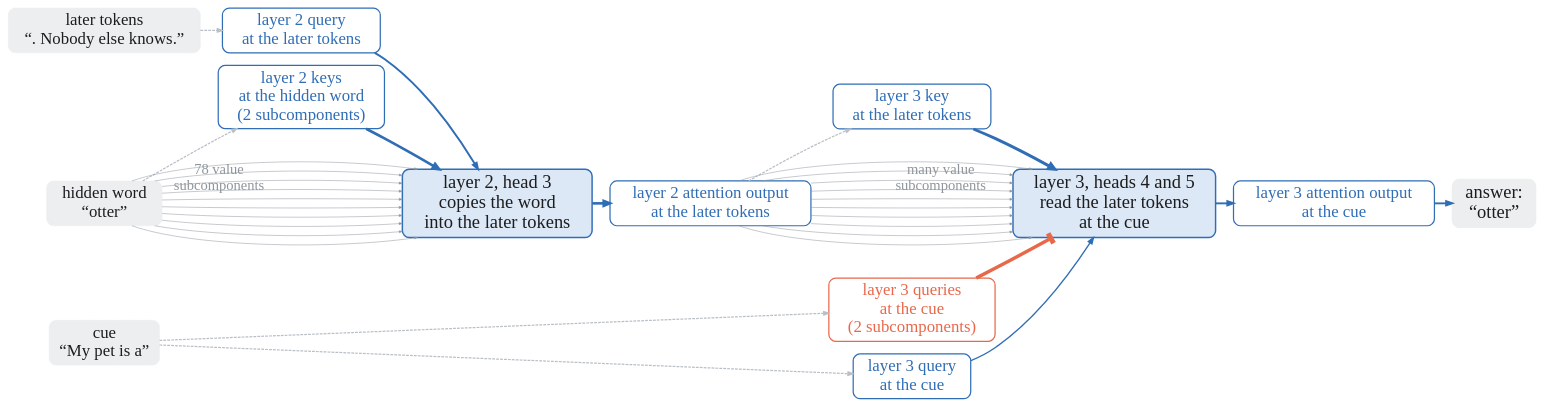
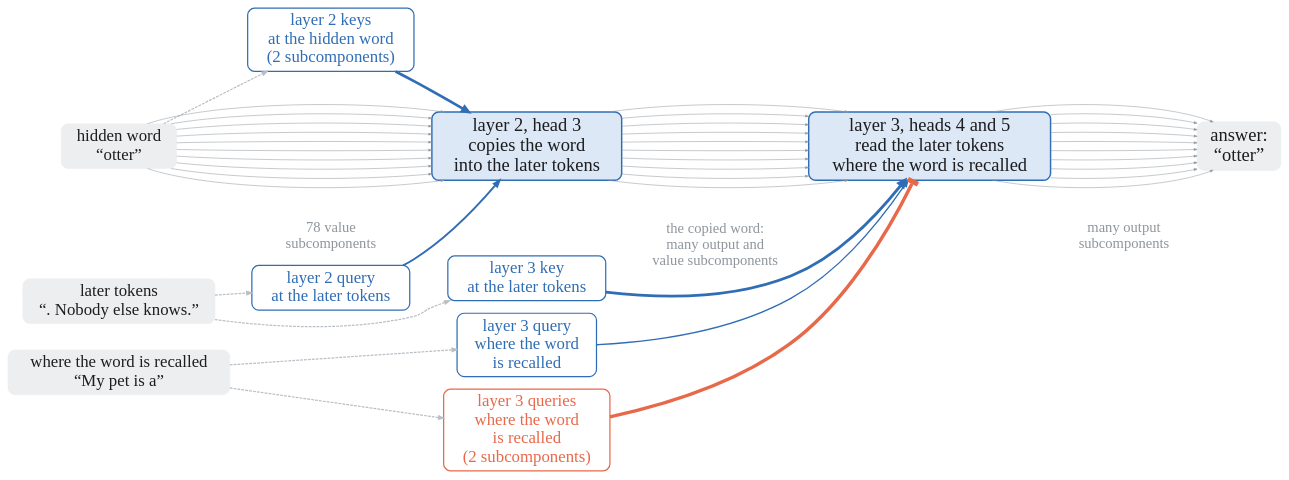
One commit to SauersML/retained-reply-state changed the diagram in figs/circuit_gates.dot. Above: the diagram before and after it, drawn with Graphviz. The commit also changed 6 other files, not shown here.

```diff
--- a/figs/circuit_gates.dot
+++ b/figs/circuit_gates.dot
@@ -1,64 +1,74 @@
 digraph G {
-  rankdir=LR; splines=spline; nodesep=0.3; ranksep=0.45; bgcolor="white"; pad=0.1; forcelabels=true;
+  rankdir=LR; splines=spline; nodesep=0.3; ranksep=0.45; bgcolor="white"; pad=0.1;
   node [shape=box, fontname="Avenir Next", fontsize=30, margin="0.18,0.1"];
   edge [fontname="Avenir Next", fontsize=26, fontcolor="#8e959c"];
   { rank=same; word [label="hidden word
 “otter”", style="rounded,filled", fillcolor="#eceef0", color="#eceef0", fontcolor="#1d1d1f"]; later [label="later tokens
 “. Nobody else knows.”", style="rounded,filled", fillcolor="#eceef0", color="#eceef0", fontcolor="#1d1d1f"];
-    cue [label="cue
+    cue [label="where the word is recalled
 “My pet is a”", style="rounded,filled", fillcolor="#eceef0", color="#eceef0", fontcolor="#1d1d1f"]; }
   { rank=same; k2 [label="layer 2 keys
 at the hidden word
 (2 subcomponents)", color="#2f6db5", fontcolor="#2f6db5", style="rounded,filled", fillcolor="white", penwidth=2.2];
     q2 [label="layer 2 query
 at the later tokens", color="#2f6db5", fontcolor="#2f6db5", style="rounded,filled", fillcolor="white", penwidth=2.2]; }
   h2 [label="layer 2, head 3
 copies the word
 into the later tokens", style="rounded,filled,bold", fillcolor="#dce8f6", color="#2f6db5", fontcolor="#1d1d1f", fontsize=33, penwidth=2.6];
-  o2 [label="layer 2 attention output
-at the later tokens", color="#2f6db5", fontcolor="#2f6db5", style="rounded,filled", fillcolor="white", penwidth=2.2];
   { rank=same; k3 [label="layer 3 key
 at the later tokens", color="#2f6db5", fontcolor="#2f6db5", style="rounded,filled", fillcolor="white", penwidth=2.2];
     q3 [label="layer 3 query
-at the cue", color="#2f6db5", fontcolor="#2f6db5", style="rounded,filled", fillcolor="white", penwidth=2.2];
+where the word
+is recalled", color="#2f6db5", fontcolor="#2f6db5", style="rounded,filled", fillcolor="white", penwidth=2.2];
     b3 [label="layer 3 queries
-at the cue
+where the word
+is recalled
 (2 subcomponents)", color="#e8684a", fontcolor="#e8684a", style="rounded,filled", fillcolor="white", penwidth=2.2]; }
   h3 [label="layer 3, heads 4 and 5
 read the later tokens
-at the cue", style="rounded,filled,bold", fillcolor="#dce8f6", color="#2f6db5", fontcolor="#1d1d1f", fontsize=33, penwidth=2.6];
-  o3 [label="layer 3 attention output
-at the cue", color="#2f6db5", fontcolor="#2f6db5", style="rounded,filled", fillcolor="white", penwidth=2.2];
+where the word is recalled", style="rounded,filled,bold", fillcolor="#dce8f6", color="#2f6db5", fontcolor="#1d1d1f", fontsize=33, penwidth=2.6];
   answer [label="answer:
 “otter”", style="rounded,filled,bold", fillcolor="#eceef0", color="#eceef0", fontcolor="#1d1d1f", fontsize=33];
-  word -> k2 [color="#b9bfc6", penwidth=2.2, style=dashed, arrowhead=normal, arrowsize=0.9]; later -> q2 [color="#b9bfc6", penwidth=2.2, style=dashed, arrowhead=normal, arrowsize=0.9]; cue -> q3 [color="#b9bfc6", penwidth=2.2, style=dashed, arrowhead=normal, arrowsize=0.9]; cue -> b3 [color="#b9bfc6", penwidth=2.2, style=dashed, arrowhead=normal, arrowsize=0.9];
+  word -> k2 [color="#b9bfc6", penwidth=2.2, style=dashed, arrowhead=normal, arrowsize=0.9]; later -> q2 [color="#b9bfc6", penwidth=2.2, style=dashed, arrowhead=normal, arrowsize=0.9]; later -> k3 [color="#b9bfc6", penwidth=2.2, style=dashed, arrowhead=normal, arrowsize=0.9]; cue -> q3 [color="#b9bfc6", penwidth=2.2, style=dashed, arrowhead=normal, arrowsize=0.9]; cue -> b3 [color="#b9bfc6", penwidth=2.2, style=dashed, arrowhead=normal, arrowsize=0.9];
   word -> h2 [color="#8e959c", penwidth=0.9, arrowsize=0.55];
   word -> h2 [color="#8e959c", penwidth=0.9, arrowsize=0.55];
   word -> h2 [color="#8e959c", penwidth=0.9, arrowsize=0.55];
   word -> h2 [color="#8e959c", penwidth=0.9, arrowsize=0.55];
   word -> h2 [color="#8e959c", penwidth=0.9, arrowsize=0.55];
   word -> h2 [color="#8e959c", penwidth=0.9, arrowsize=0.55];
   word -> h2 [color="#8e959c", penwidth=0.9, arrowsize=0.55];
   word -> h2 [color="#8e959c", penwidth=0.9, arrowsize=0.55];
   word -> h2 [color="#8e959c", penwidth=0.9, arrowsize=0.55];
-  word -> h2 [color="#8e959c", penwidth=0.9, arrowsize=0.55, xlabel="78 value\nsubcomponents", fontcolor="#8e959c"];
+  word -> h2 [color="#8e959c", penwidth=0.9, arrowsize=0.55];
+  word_h2 [shape=plaintext, label="78 value\nsubcomponents", fontcolor="#8e959c", fontsize=26, margin=0];
+  word -> word_h2 -> h2 [style=invis, weight=3];
   k2 -> h2 [color="#2f6db5", penwidth=4.81, arrowhead=normal, arrowsize=1.1];
   q2 -> h2 [color="#2f6db5", penwidth=3.48, arrowhead=normal, arrowsize=1.1];
-  h2 -> o2 [color="#2f6db5", penwidth=4.66, arrowhead=normal, arrowsize=1.1];
-  o2 -> k3 [color="#b9bfc6", penwidth=2.2, style=dashed, arrowhead=normal, arrowsize=0.9];
-  o2 -> h3 [color="#8e959c", penwidth=0.9, arrowsize=0.55];
-  o2 -> h3 [color="#8e959c", penwidth=0.9, arrowsize=0.55];
-  o2 -> h3 [color="#8e959c", penwidth=0.9, arrowsize=0.55];
-  o2 -> h3 [color="#8e959c", penwidth=0.9, arrowsize=0.55];
-  o2 -> h3 [color="#8e959c", penwidth=0.9, arrowsize=0.55];
-  o2 -> h3 [color="#8e959c", penwidth=0.9, arrowsize=0.55];
-  o2 -> h3 [color="#8e959c", penwidth=0.9, arrowsize=0.55];
-  o2 -> h3 [color="#8e959c", penwidth=0.9, arrowsize=0.55];
-  o2 -> h3 [color="#8e959c", penwidth=0.9, arrowsize=0.55];
-  o2 -> h3 [color="#8e959c", penwidth=0.9, arrowsize=0.55, xlabel="many value\nsubcomponents", fontcolor="#8e959c"];
+  h2 -> h3 [color="#8e959c", penwidth=0.9, arrowsize=0.55];
+  h2 -> h3 [color="#8e959c", penwidth=0.9, arrowsize=0.55];
+  h2 -> h3 [color="#8e959c", penwidth=0.9, arrowsize=0.55];
+  h2 -> h3 [color="#8e959c", penwidth=0.9, arrowsize=0.55];
+  h2 -> h3 [color="#8e959c", penwidth=0.9, arrowsize=0.55];
+  h2 -> h3 [color="#8e959c", penwidth=0.9, arrowsize=0.55];
+  h2 -> h3 [color="#8e959c", penwidth=0.9, arrowsize=0.55];
+  h2 -> h3 [color="#8e959c", penwidth=0.9, arrowsize=0.55];
+  h2 -> h3 [color="#8e959c", penwidth=0.9, arrowsize=0.55];
+  h2 -> h3 [color="#8e959c", penwidth=0.9, arrowsize=0.55];
+  h2_h3 [shape=plaintext, label="the copied word:\nmany output and\nvalue subcomponents", fontcolor="#8e959c", fontsize=26, margin=0];
+  h2 -> h2_h3 -> h3 [style=invis, weight=3];
   k3 -> h3 [color="#2f6db5", penwidth=5.22, arrowhead=normal, arrowsize=1.1];
   q3 -> h3 [color="#2f6db5", penwidth=2.38, arrowhead=normal, arrowsize=1.1];
   b3 -> h3 [color="#e8684a", penwidth=6.14, arrowhead=tee, arrowsize=1.4];
-  h3 -> o3 [color="#2f6db5", penwidth=3.42, arrowhead=normal, arrowsize=1.1];
-  o3 -> answer [color="#2f6db5", penwidth=3.40, arrowhead=normal, arrowsize=1.1];
+  h3 -> answer [color="#8e959c", penwidth=0.9, arrowsize=0.55];
+  h3 -> answer [color="#8e959c", penwidth=0.9, arrowsize=0.55];
+  h3 -> answer [color="#8e959c", penwidth=0.9, arrowsize=0.55];
+  h3 -> answer [color="#8e959c", penwidth=0.9, arrowsize=0.55];
+  h3 -> answer [color="#8e959c", penwidth=0.9, arrowsize=0.55];
+  h3 -> answer [color="#8e959c", penwidth=0.9, arrowsize=0.55];
+  h3 -> answer [color="#8e959c", penwidth=0.9, arrowsize=0.55];
+  h3 -> answer [color="#8e959c", penwidth=0.9, arrowsize=0.55];
+  h3 -> answer [color="#8e959c", penwidth=0.9, arrowsize=0.55];
+  h3 -> answer [color="#8e959c", penwidth=0.9, arrowsize=0.55];
+  h3_answer [shape=plaintext, label="many output\nsubcomponents", fontcolor="#8e959c", fontsize=26, margin=0];
+  h3 -> h3_answer -> answer [style=invis, weight=3];
 }
```
